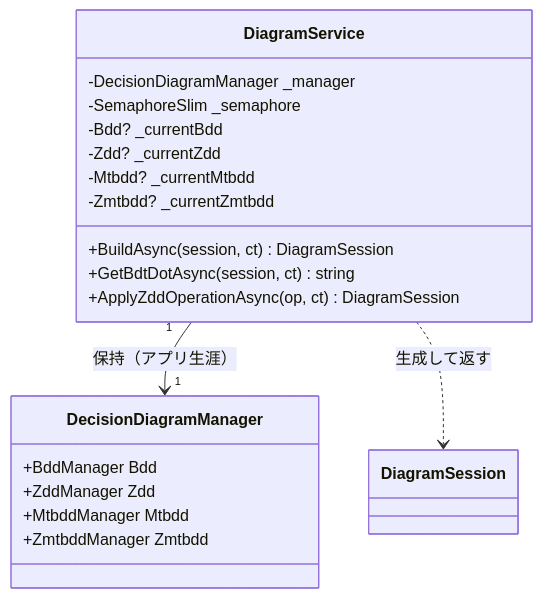
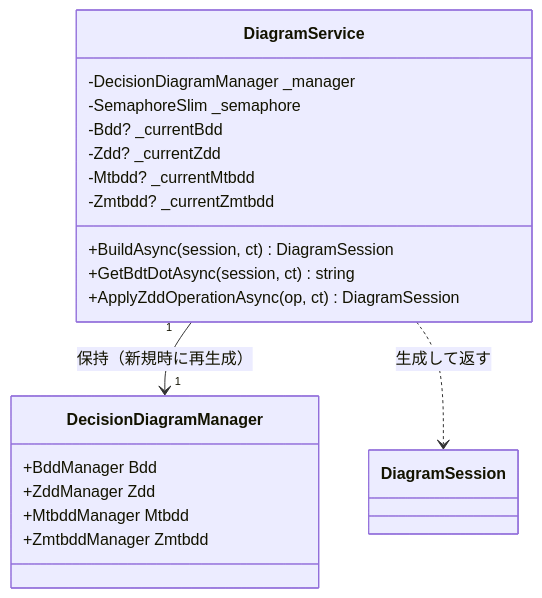
The fourth of 16 diagrams in docs/architecture.md (urario/DecisionDiagramStudio), drawn with Mermaid before and after one commit. The commit also changed other lines of this file and 1 other file, not shown here.

````diff
--- a/docs/architecture.md
+++ b/docs/architecture.md
@@ -300,24 +300,24 @@
 ```mermaid
 classDiagram
     class DiagramService {
         -DecisionDiagramManager _manager
         -SemaphoreSlim _semaphore
         -Bdd? _currentBdd
         -Zdd? _currentZdd
         -Mtbdd? _currentMtbdd
         -Zmtbdd? _currentZmtbdd
         +BuildAsync(session, ct) DiagramSession
         +GetBdtDotAsync(session, ct) string
         +ApplyZddOperationAsync(op, ct) DiagramSession
     }
 
     class DecisionDiagramManager {
         +BddManager Bdd
         +ZddManager Zdd
         +MtbddManager Mtbdd
         +ZmtbddManager Zmtbdd
     }
 
-    DiagramService "1" --> "1" DecisionDiagramManager : 保持（アプリ生涯）
+    DiagramService "1" --> "1" DecisionDiagramManager : 保持（新規時に再生成）
     DiagramService ..> DiagramSession : 生成して返す
 ```
````
